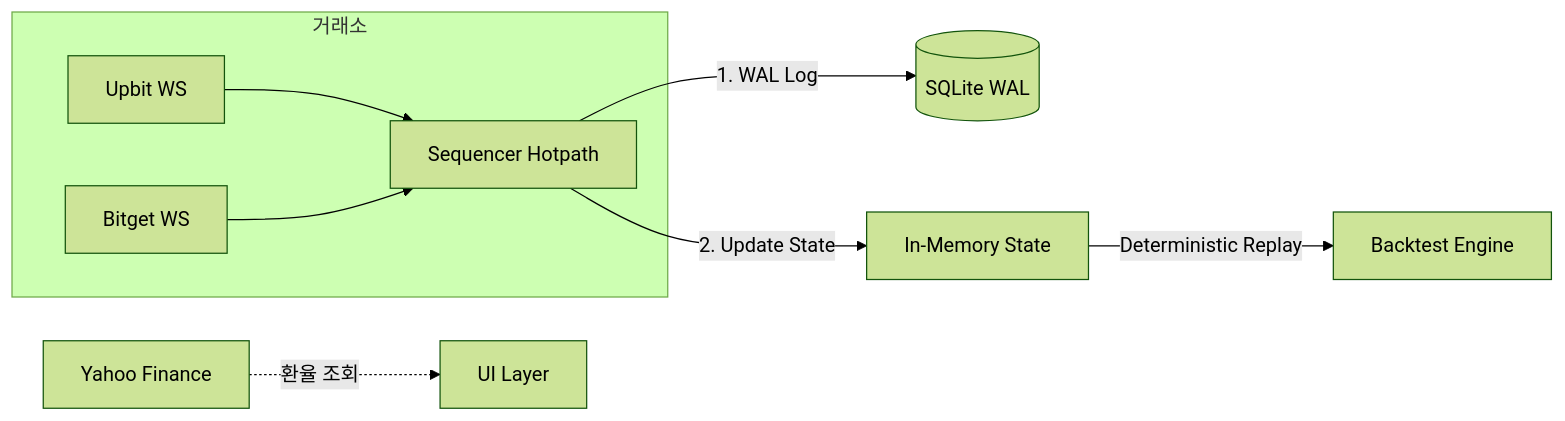
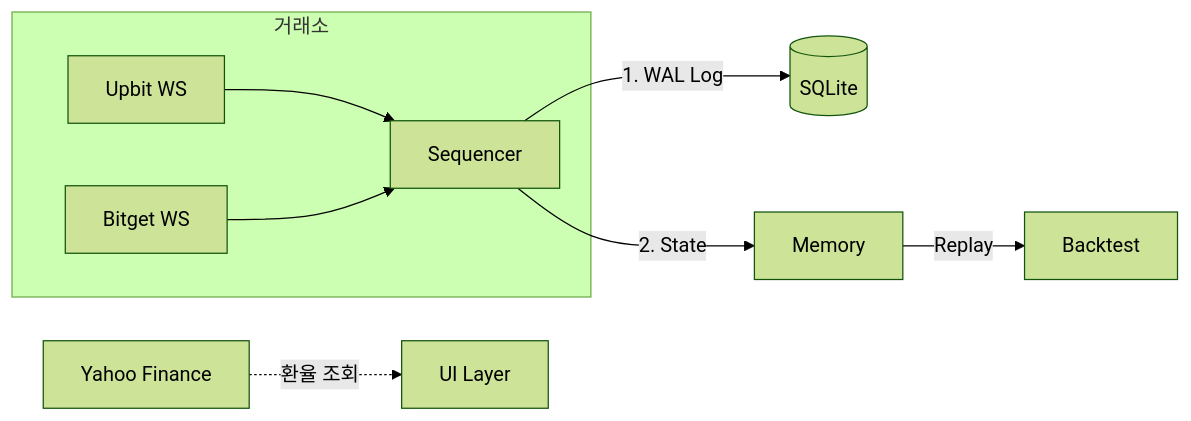
One commit to chycee/cryptoGo changed the diagram in README.md. Above: the diagram before and after it, drawn with Mermaid (forest theme). The commit also changed other lines of this file, not shown here.

````diff
--- a/README.md
+++ b/README.md
@@ -11,11 +11,11 @@
 ```mermaid
 graph LR
     subgraph Exchanges[거래소]
         UB[Upbit WS] --> SEQ
         BG[Bitget WS] --> SEQ
     end
     YH[Yahoo Finance] -."환율 조회".-> UI[UI Layer]
-    SEQ[Sequencer Hotpath] --"1. WAL Log"--> DB[(SQLite WAL)]
-    SEQ --"2. Update State"--> ST[In-Memory State]
-    ST --"Deterministic Replay"--> BT[Backtest Engine]
+    SEQ[Sequencer] --"1. WAL Log"--> DB[(SQLite)]
+    SEQ --"2. State"--> ST[Memory]
+    ST --"Replay"--> BT[Backtest]
 ```
````
